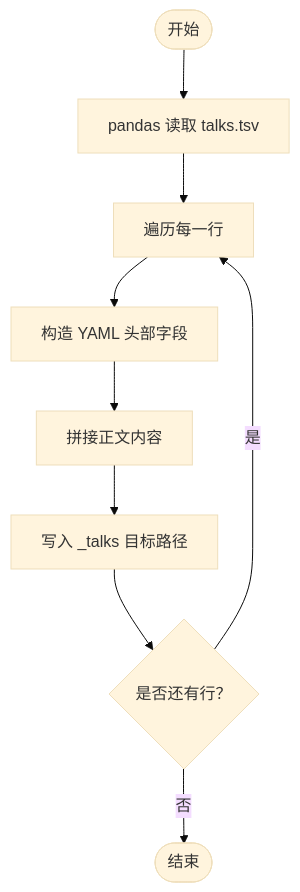
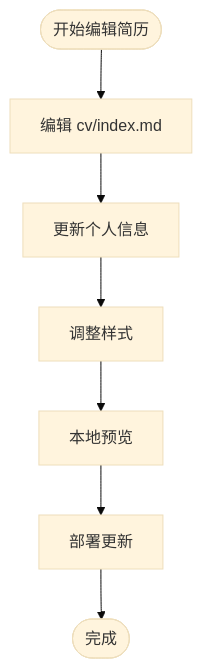
Before and after one commit to CoolPig0720/CoolPig0720.github.io: the third of 3 diagrams in .qoder/repowiki/zh/content/数据处理和自动化/数据处理和自动化.md, drawn with Mermaid (base theme). The commit also changed other lines of this file and 36 other files, not shown here.

````diff
--- a/.qoder/repowiki/zh/content/数据处理和自动化/数据处理和自动化.md
+++ b/.qoder/repowiki/zh/content/数据处理和自动化/数据处理和自动化.md
@@ -211,11 +134,9 @@
 ```mermaid
 flowchart TD
-S(["开始"]) --> Load["pandas 读取 talks.tsv"]
-Load --> ForEach["遍历每一行"]
-ForEach --> Meta["构造 YAML 头部字段"]
-Meta --> Body["拼接正文内容"]
-Body --> Out["写入 _talks 目标路径"]
-Out --> More{"是否还有行？"}
-More --> |是| ForEach
-More --> |否| E(["结束"])
+Start(["开始编辑简历"]) --> Edit["编辑 cv/index.md"]
+Edit --> Content["更新个人信息"]
+Content --> Style["调整样式"]
+Style --> Preview["本地预览"]
+Preview --> Deploy["部署更新"]
+Deploy --> Done(["完成"])
 ```
````
